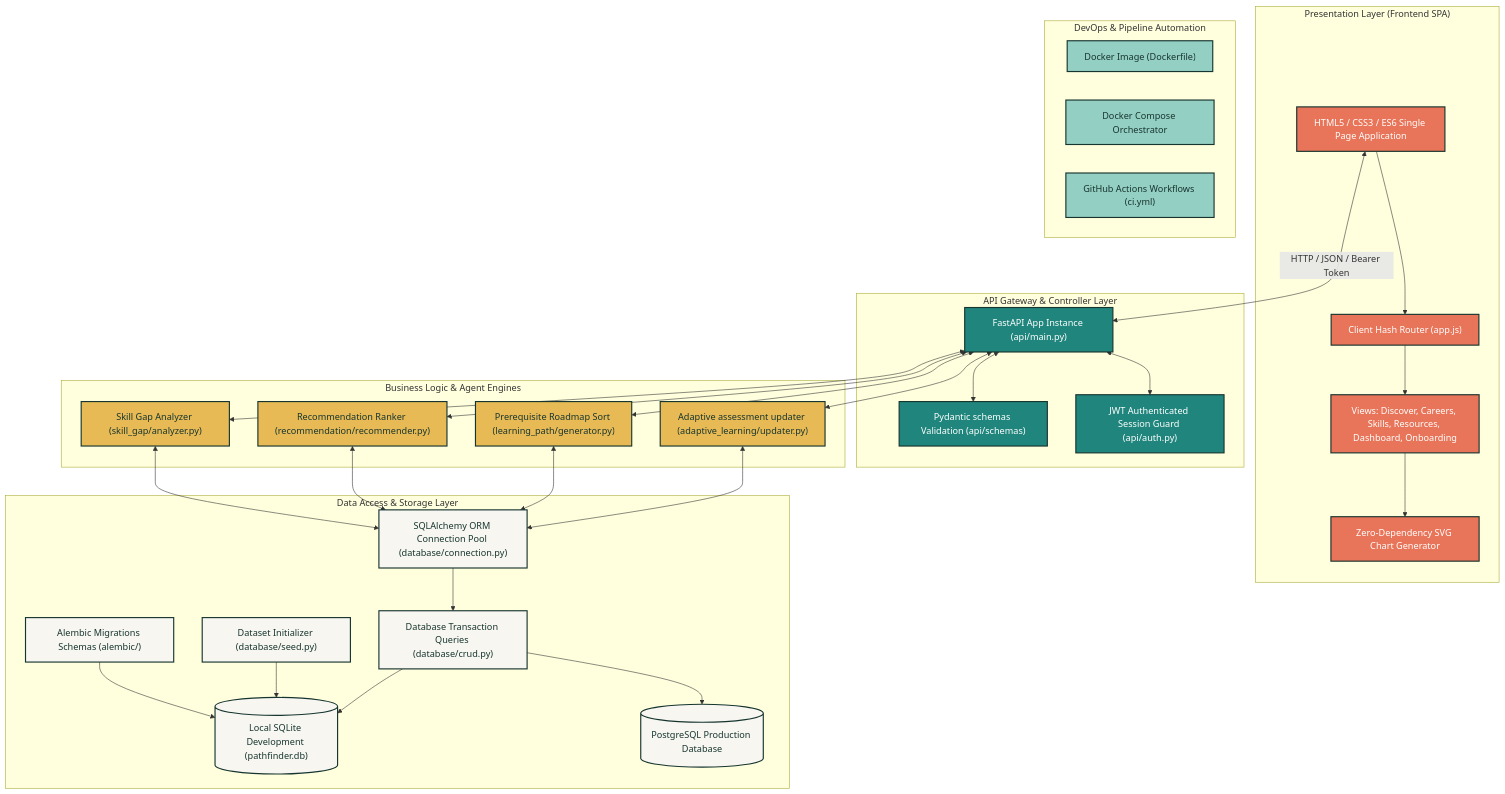
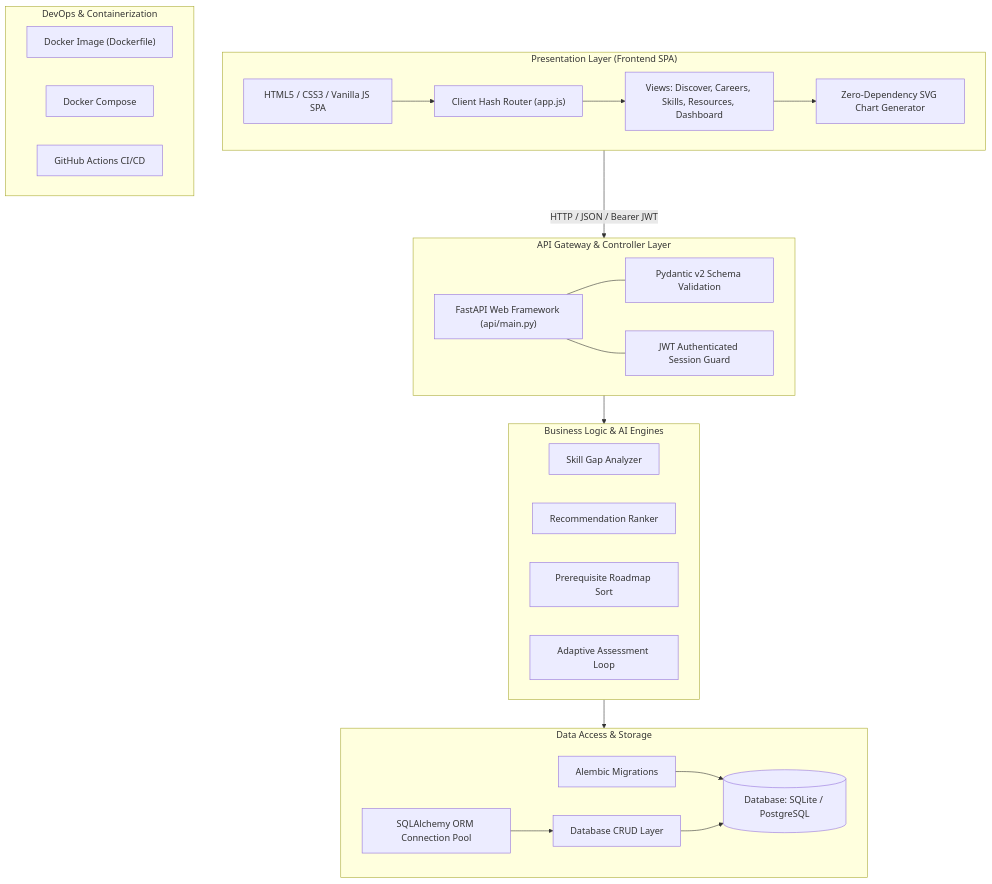
The first of 2 diagrams in Readme.md (bhabana2504/PathFinder), drawn with Mermaid before and after one commit. The commit also changed other lines of this file, not shown here.

Commit message:
fix(docs): fix Mermaid diagram syntax for GitHub markdown rendering

````diff
--- a/Readme.md
+++ b/Readme.md
@@ -29,74 +29,47 @@
 ```mermaid
-graph TD
-    %% Styling
-    classDef client fill:#e87559,stroke:#17352f,stroke-width:2px,color:#fff;
-    classDef api fill:#20867d,stroke:#17352f,stroke-width:2px,color:#fff;
-    classDef engine fill:#e7ba55,stroke:#17352f,stroke-width:2px,color:#17352f;
-    classDef data fill:#f7f6f1,stroke:#17352f,stroke-width:2px,color:#17352f;
-    classDef infrastructure fill:#94cfc4,stroke:#17352f,stroke-width:2px,color:#17352f;
-
-    subgraph Client_Presentation_Layer ["Presentation Layer (Frontend SPA)"]
-        UI["HTML5 / CSS3 / ES6 Single Page Application"]
+flowchart TD
+    subgraph Frontend["Presentation Layer (Frontend SPA)"]
+        UI["HTML5 / CSS3 / Vanilla JS SPA"]
         Router["Client Hash Router (app.js)"]
-        Views["Views: Discover, Careers, Skills, Resources, Dashboard, Onboarding"]
+        Views["Views: Discover, Careers, Skills, Resources, Dashboard"]
         SVG["Zero-Dependency SVG Chart Generator"]
         UI --> Router
         Router --> Views
         Views --> SVG
     end
-    
-    subgraph API_Gateway_Layer ["API Gateway & Controller Layer"]
-        FastAPI["FastAPI App Instance (api/main.py)"]
-        Pydantic["Pydantic schemas Validation (api/schemas)"]
-        AuthGuard["JWT Authenticated Session Guard (api/auth.py)"]
-        FastAPI <--> Pydantic
-        FastAPI <--> AuthGuard
+
+    subgraph Backend["API Gateway & Controller Layer"]
+        FastAPI["FastAPI Web Framework (api/main.py)"]
+        Pydantic["Pydantic v2 Schema Validation"]
+        AuthGuard["JWT Authenticated Session Guard"]
+        FastAPI --- Pydantic
+        FastAPI --- AuthGuard
     end
 
-    subgraph Business_Engine_Layer ["Business Logic & Agent Engines"]
-        GapEngine["Skill Gap Analyzer (skill_gap/analyzer.py)"]
-        RecEngine["Recommendation Ranker (recommendation/recommender.py)"]
-        PathEngine["Prerequisite Roadmap Sort (learning_path/generator.py)"]
-        AdaptiveEngine["Adaptive assessment updater (adaptive_learning/updater.py)"]
+    subgraph Engines["Business Logic & AI Engines"]
+        GapEngine["Skill Gap Analyzer"]
+        RecEngine["Recommendation Ranker"]
+        PathEngine["Prerequisite Roadmap Sort"]
+        AdaptiveEngine["Adaptive Assessment Loop"]
     end
 
-    subgraph Data_Persistence_Layer ["Data Access & Storage Layer"]
-        ORM["SQLAlchemy ORM Connection Pool (database/connection.py)"]
-        CRUD["Database Transaction Queries (database/crud.py)"]
-        Migrations["Alembic Migrations Schemas (alembic/)"]
-        Seeder["Dataset Initializer (database/seed.py)"]
-        SQLite[("Local SQLite Development (pathfinder.db)")]
-        Postgres[("PostgreSQL Production Database")]
-        
+    subgraph DataLayer["Data Access & Storage"]
+        ORM["SQLAlchemy ORM Connection Pool"]
+        CRUD["Database CRUD Layer"]
+        Migrations["Alembic Migrations"]
+        DB[("Database: SQLite / PostgreSQL")]
         ORM --> CRUD
-        Migrations --> SQLite
-        Seeder --> SQLite
-        CRUD --> SQLite
-        CRUD --> Postgres
+        Migrations --> DB
+        CRUD --> DB
     end
 
-    subgraph DevOps_Automation ["DevOps & Pipeline Automation"]
+    subgraph DevOps["DevOps & Containerization"]
         Docker["Docker Image (Dockerfile)"]
-        Compose["Docker Compose Orchestrator"]
-        CI["GitHub Actions Workflows (ci.yml)"]
+        Compose["Docker Compose"]
+        CI["GitHub Actions CI/CD"]
     end
 
-    %% Routing lines
-    UI <-->|HTTP / JSON / Bearer Token| FastAPI
-    
-    FastAPI <--> GapEngine
-    FastAPI <--> RecEngine
-    FastAPI <--> PathEngine
-    FastAPI <--> AdaptiveEngine
-    
-    GapEngine <--> ORM
-    RecEngine <--> ORM
-    PathEngine <--> ORM
-    AdaptiveEngine <--> ORM
-
-    class UI,Router,Views,SVG client;
-    class FastAPI,Pydantic,AuthGuard api;
-    class GapEngine,RecEngine,PathEngine,AdaptiveEngine engine;
-    class ORM,CRUD,Migrations,Seeder,SQLite,Postgres data;
-    class Docker,Compose,CI infrastructure;
+    Frontend -->|HTTP / JSON / Bearer JWT| Backend
+    Backend --> Engines
+    Engines --> DataLayer
 ```
````
